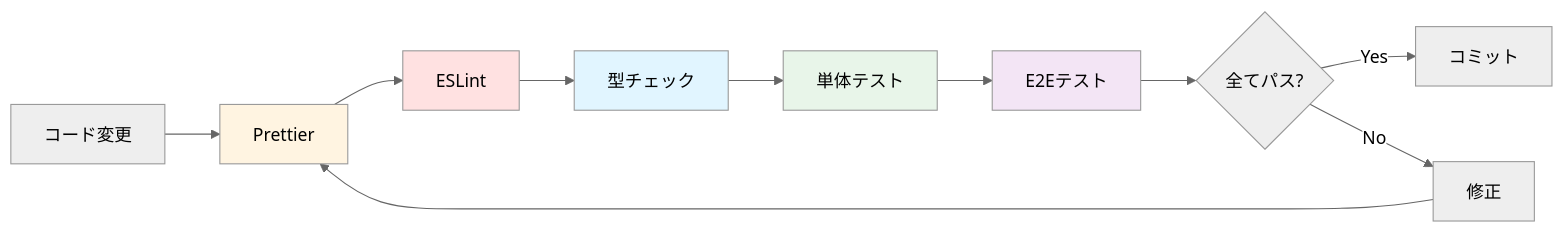
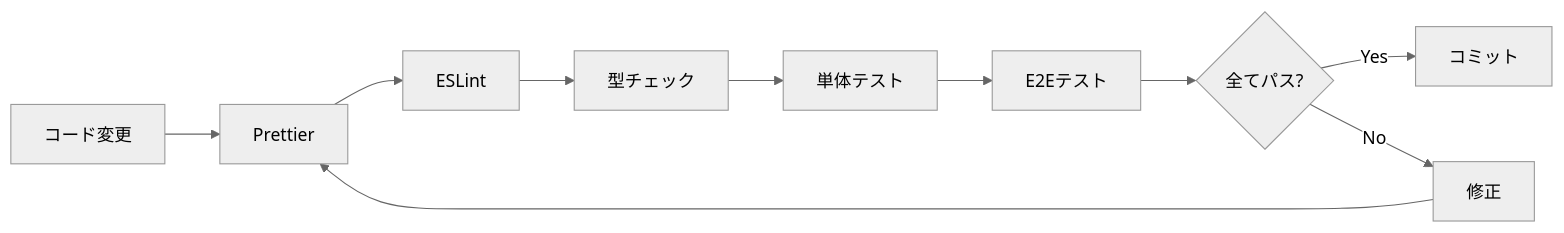
The second of 4 diagrams in docs/specs/06_testing.md (50ra4/coin-toss-game), drawn with Mermaid (neutral theme) before and after one commit. The commit also changed other lines of this file and 7 other files, not shown here.

````diff
--- a/docs/specs/06_testing.md
+++ b/docs/specs/06_testing.md
@@ -34,19 +34,13 @@
 ```mermaid
 graph LR
     Start[コード変更] --> Format[Prettier]
     Format --> Lint[ESLint]
     Lint --> Type[型チェック]
     Type --> Unit[単体テスト]
     Unit --> E2E[E2Eテスト]
     E2E --> Pass{全てパス?}
 
     Pass -->|Yes| Commit[コミット]
     Pass -->|No| Fix[修正]
     Fix --> Format
-
-    style Format fill:#fff4e1
-    style Lint fill:#ffe1e1
-    style Type fill:#e1f5ff
-    style Unit fill:#e8f5e9
-    style E2E fill:#f3e5f5
 ```
````
